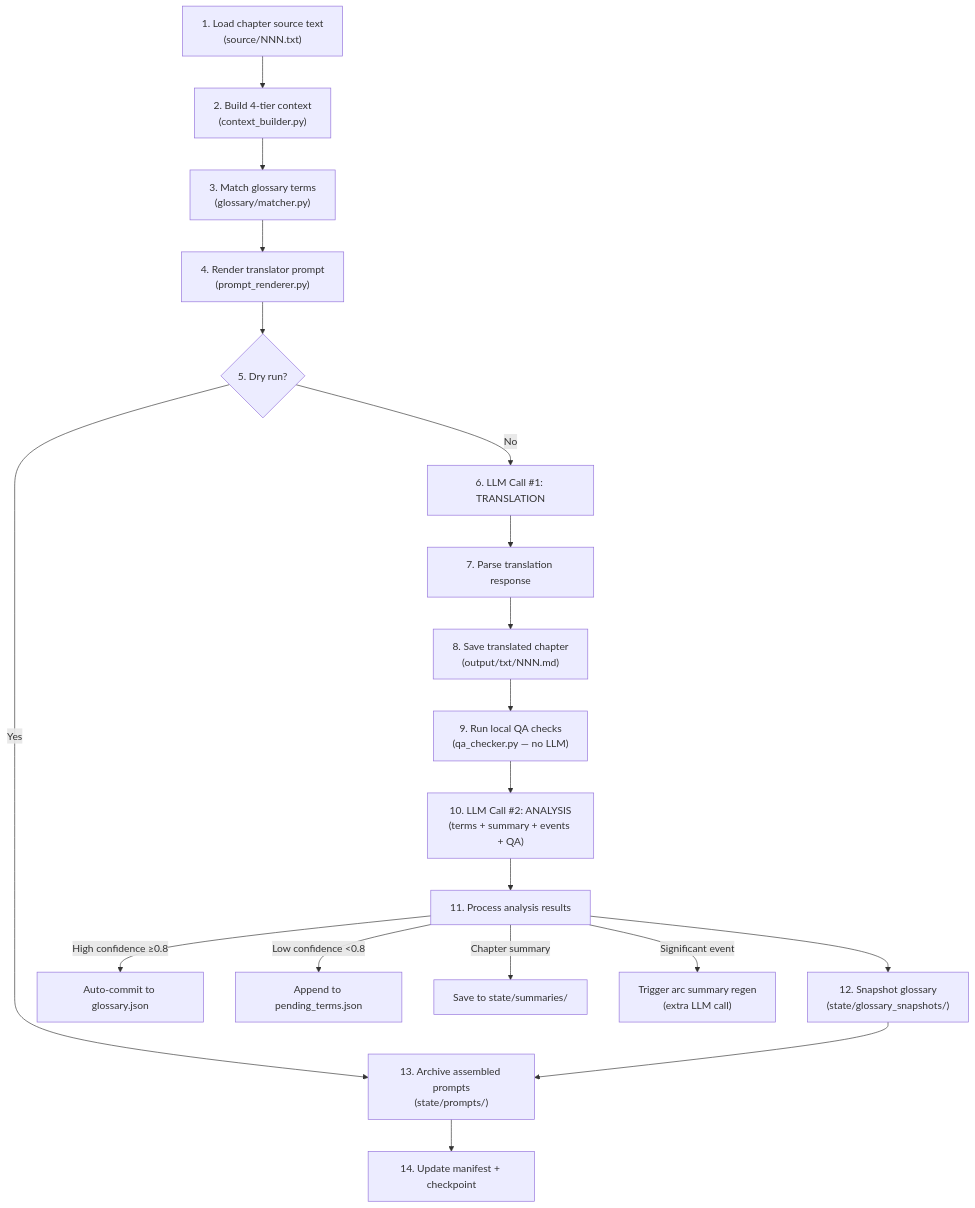
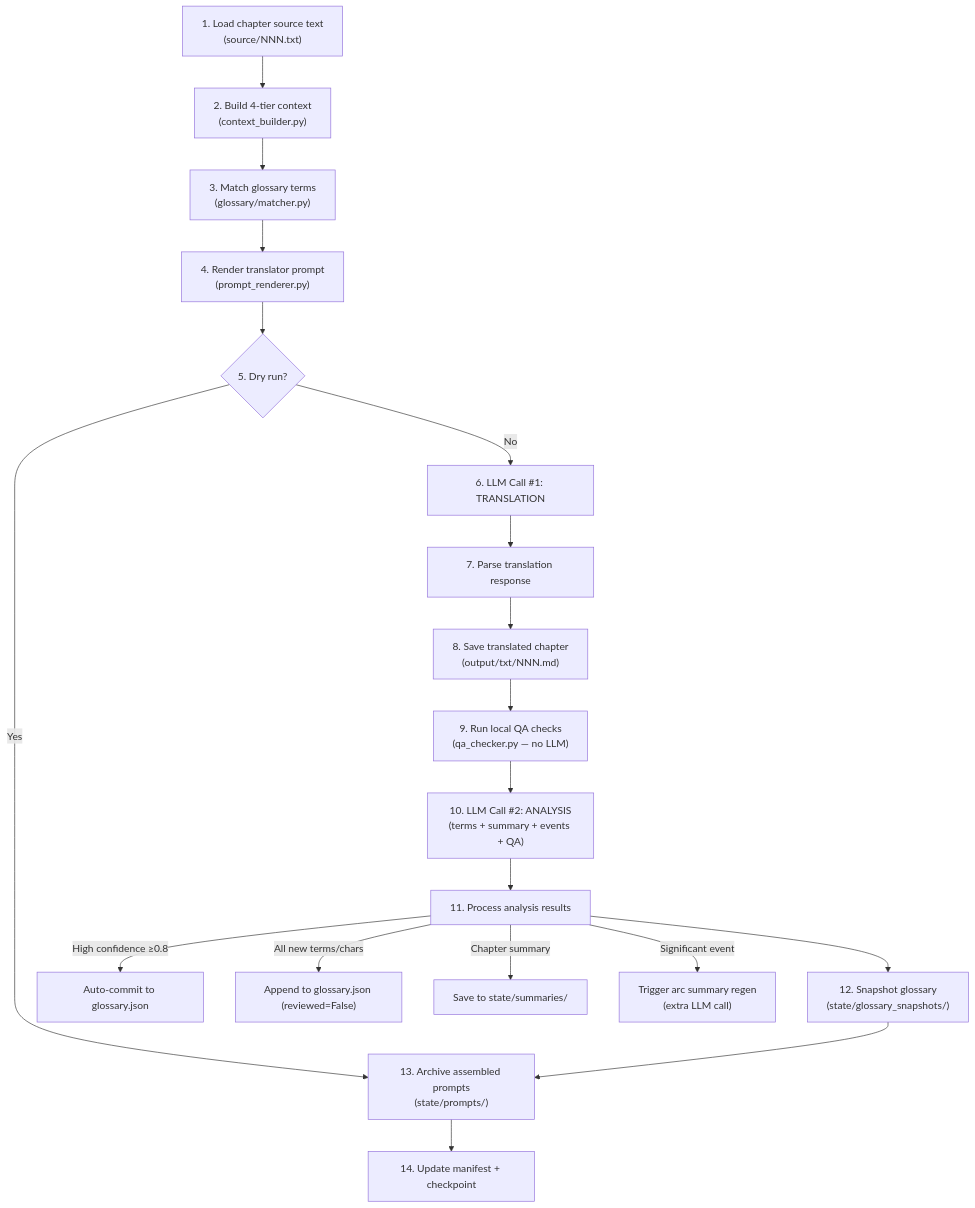
Before and after one commit to Ethanz0/noveltrans: the second of 2 diagrams in ARCHITECTURE.md, drawn with Mermaid. The commit also changed other lines of this file and 23 other files, not shown here.

````diff
--- a/ARCHITECTURE.md
+++ b/ARCHITECTURE.md
@@ -206,27 +206,27 @@
 ```mermaid
 flowchart TD
     S1["1. Load chapter source text<br/>(source/NNN.txt)"]
     S2["2. Build 4-tier context<br/>(context_builder.py)"]
     S3["3. Match glossary terms<br/>(glossary/matcher.py)"]
     S4["4. Render translator prompt<br/>(prompt_renderer.py)"]
     S5{"5. Dry run?"}
     S6["6. LLM Call #1: TRANSLATION"]
     S7["7. Parse translation response"]
     S8["8. Save translated chapter<br/>(output/txt/NNN.md)"]
     S9["9. Run local QA checks<br/>(qa_checker.py — no LLM)"]
     S10["10. LLM Call #2: ANALYSIS<br/>(terms + summary + events + QA)"]
     S11["11. Process analysis results"]
     S12["12. Snapshot glossary<br/>(state/glossary_snapshots/)"]
     S13["13. Archive assembled prompts<br/>(state/prompts/)"]
     S14["14. Update manifest + checkpoint"]
 
     S1 --> S2 --> S3 --> S4 --> S5
     S5 -- Yes --> S13
     S5 -- No --> S6 --> S7 --> S8 --> S9 --> S10 --> S11
     S11 --> S12 --> S13 --> S14
 
     S11 --> |"High confidence ≥0.8"| AUTO["Auto-commit to glossary.json"]
-    S11 --> |"Low confidence <0.8"| PEND["Append to pending_terms.json"]
+    S11 --> |"All new terms/chars"| GLOSS["Append to glossary.json (reviewed=False)"]
     S11 --> |"Chapter summary"| SUM["Save to state/summaries/"]
     S11 --> |"Significant event"| ARC["Trigger arc summary regen<br/>(extra LLM call)"]
 ```
````
